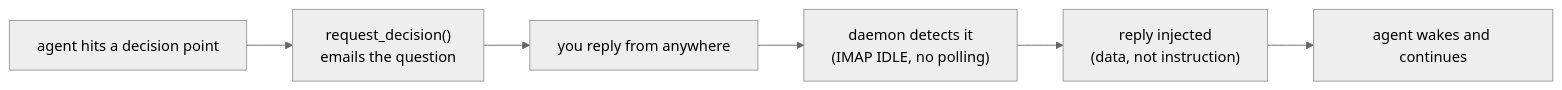
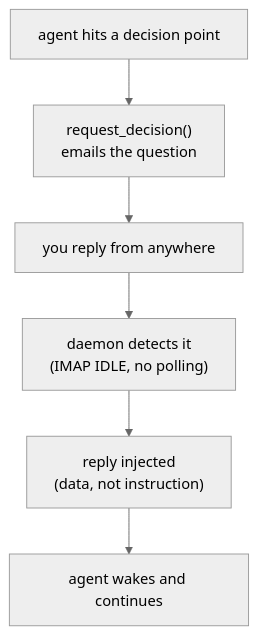
Before and after one commit to 7emotions/afk: the first of 3 diagrams in README.md, drawn with Mermaid (neutral theme). The commit also changed 1 other file, not shown here.

Commit message:
docs: make the header mermaid diagram vertical (TB)

````diff
--- a/README.md
+++ b/README.md
@@ -19,8 +19,8 @@
 ```mermaid
-flowchart LR
+flowchart TB
     A[agent hits a decision point] --> B["request_decision()<br/>emails the question"]
     B --> C[you reply from anywhere]
     C --> D["daemon detects it<br/>(IMAP IDLE, no polling)"]
     D --> E["reply injected<br/>(data, not instruction)"]
     E --> F[agent wakes and continues]
 ```
````
